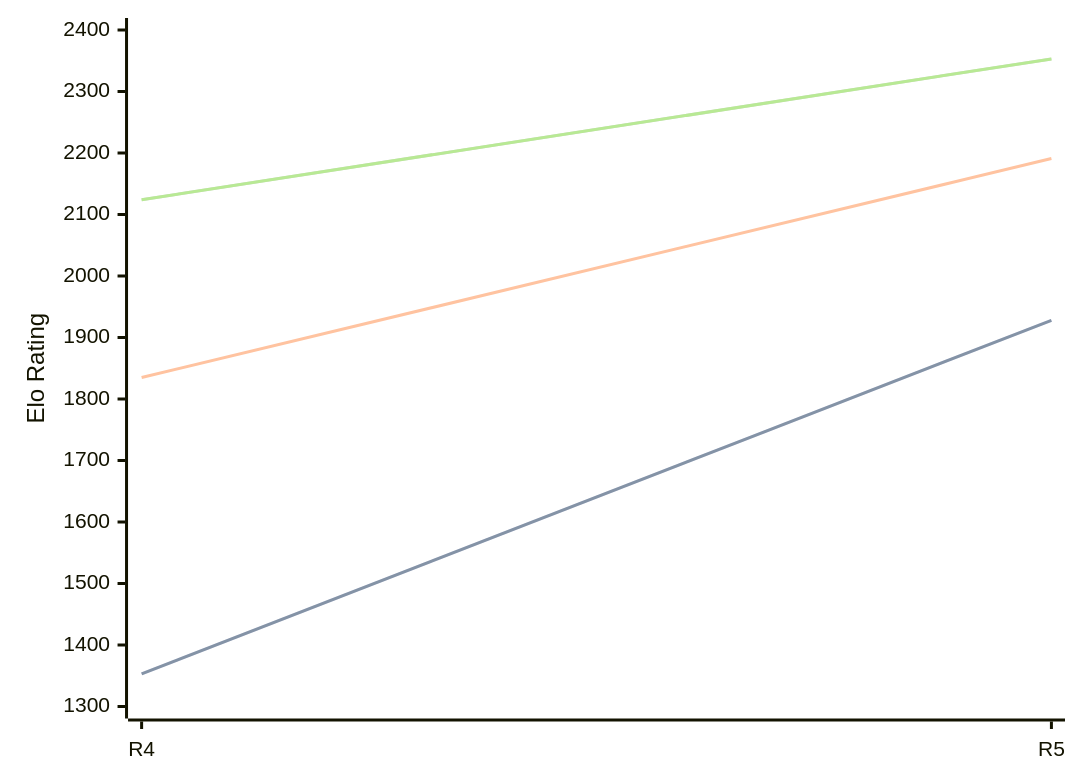
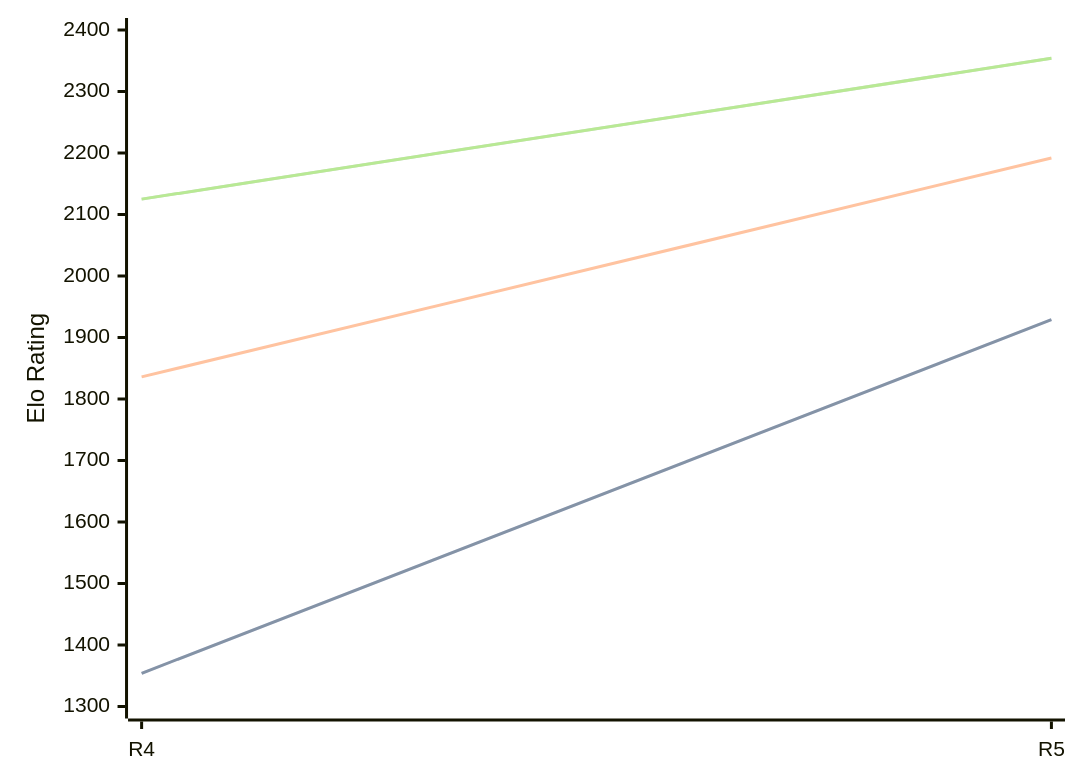
Before and after one commit to computer-chess-index/cci: the diagram in engines/Viking.md, drawn with Mermaid. The commit also changed other lines of this file, not shown here.

Commit message:
Update CCI Ratings (ELO VLTC) - 2026-10-09

````diff
--- a/engines/Viking.md
+++ b/engines/Viking.md
@@ -35,11 +35,11 @@
 ```mermaid
 %%{init: {"theme":"base","themeVariables":{"seriesColors:['#a3a3a3','#222221','#faa371']}}}%%
 xychart-beta
   x-axis ["R4", "R5"]
   y-axis "Elo Rating" 1300 --> 2400
-  line "" [1353, 1928]
-  line "STC (8.0+0.08s)" [1353, 1928]
-  line "LTC (60.0+0.60s)" [1835, 2191]
-  line "" [2124, 2353]
-  line "VLTC (2m24s+1.12s)" [2124, 2353]
+  line "" [1354, 1929]
+  line "STC (8.0+0.08s)" [1354, 1929]
+  line "LTC (60.0+0.60s)" [1836, 2192]
+  line "" [2125, 2354]
+  line "VLTC (2m24s+1.12s)" [2125, 2354]
 ```
````
